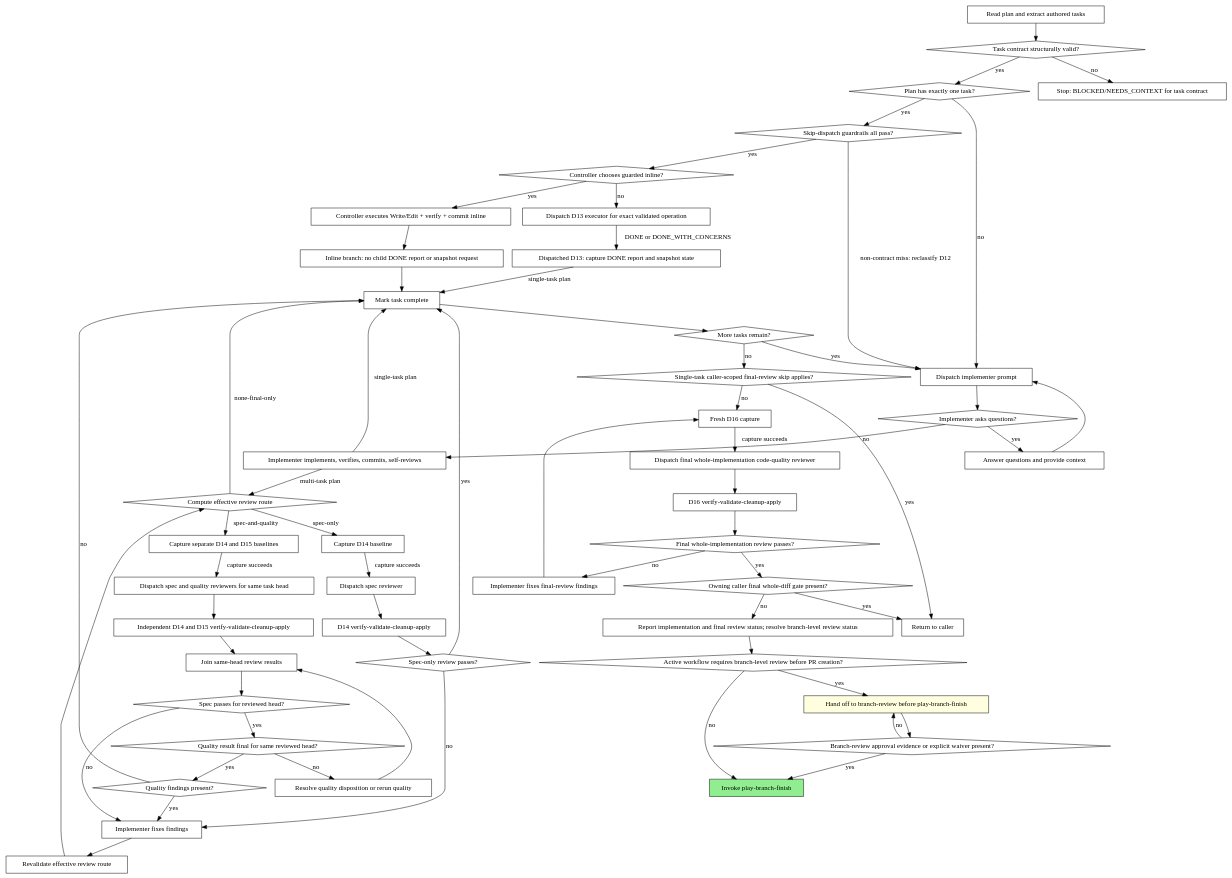
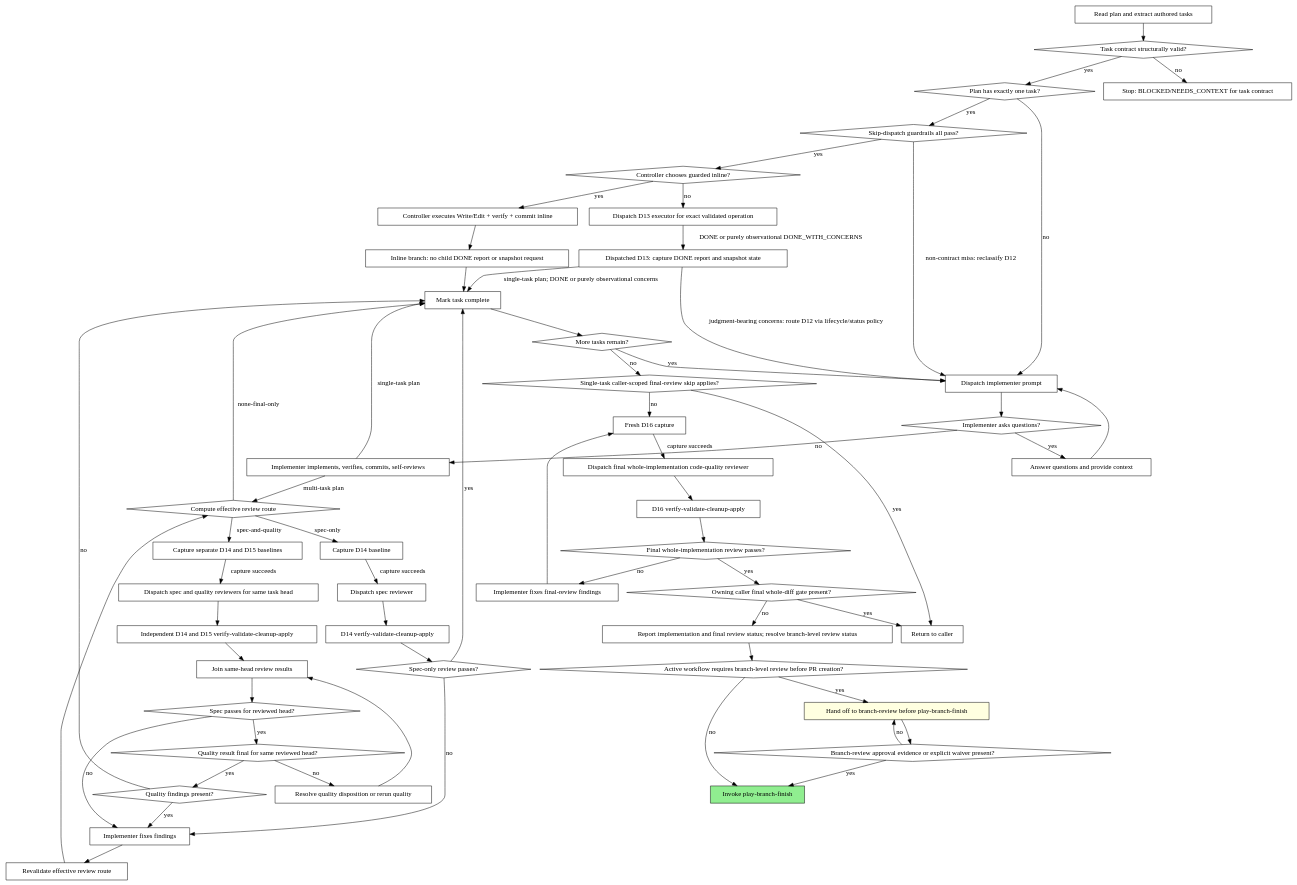
The second of 2 diagrams in skills/play-subagent-execution/references/process-diagrams.md (ryumiel/devcanon), drawn with Graphviz before and after one commit. The commit also changed 2 other files, not shown here.

Commit message:
fix(skills): align residual execution routes

```diff
--- a/skills/play-subagent-execution/references/process-diagrams.md
+++ b/skills/play-subagent-execution/references/process-diagrams.md
@@ -92,8 +92,9 @@
     "Implementer asks questions?" -> "Implementer implements, verifies, commits, self-reviews" [label="no"];
     "Implementer implements, verifies, commits, self-reviews" -> "Mark task complete" [label="single-task plan"];
     "Implementer implements, verifies, commits, self-reviews" -> "Compute effective review route" [label="multi-task plan"];
-    "Dispatch D13 executor for exact validated operation" -> "Dispatched D13: capture DONE report and snapshot state" [label="DONE or DONE_WITH_CONCERNS"];
-    "Dispatched D13: capture DONE report and snapshot state" -> "Mark task complete" [label="single-task plan"];
+    "Dispatch D13 executor for exact validated operation" -> "Dispatched D13: capture DONE report and snapshot state" [label="DONE or purely observational DONE_WITH_CONCERNS"];
+    "Dispatched D13: capture DONE report and snapshot state" -> "Mark task complete" [label="single-task plan; DONE or purely observational concerns"];
+    "Dispatched D13: capture DONE report and snapshot state" -> "Dispatch implementer prompt" [label="judgment-bearing concerns: route D12 via lifecycle/status policy"];
     "Compute effective review route" -> "Capture separate D14 and D15 baselines" [label="spec-and-quality"];
     "Capture separate D14 and D15 baselines" -> "Dispatch spec and quality reviewers for same task head" [label="capture succeeds"];
     "Dispatch spec and quality reviewers for same task head" -> "Independent D14 and D15 verify-validate-cleanup-apply";
```
